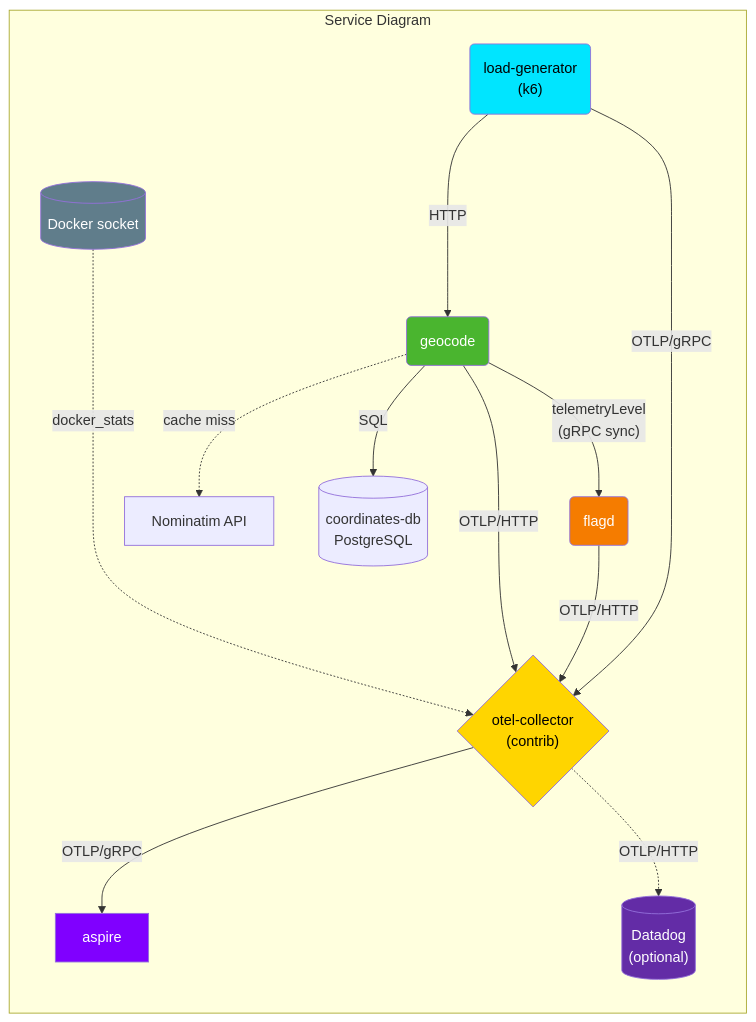
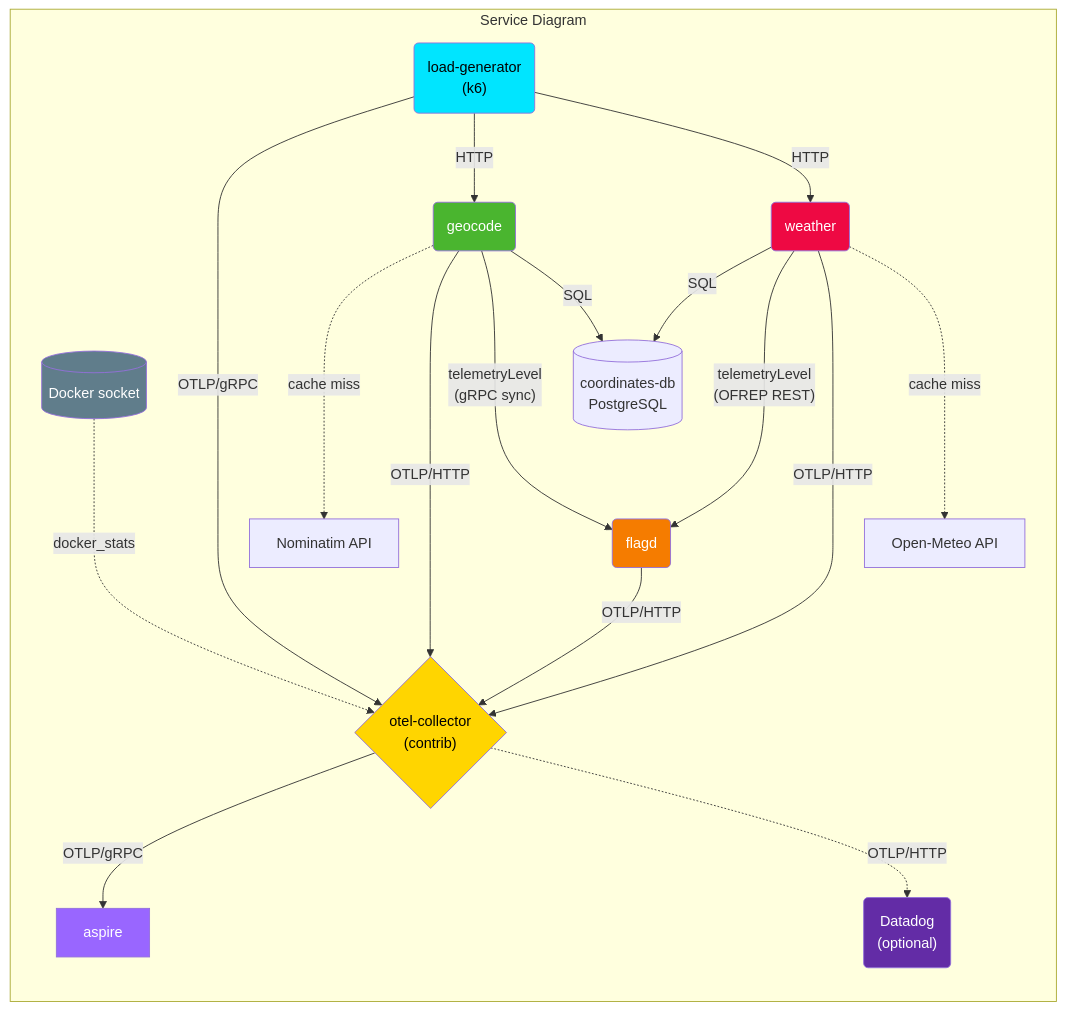
The diagram in README.md (OTelFeature/poc), drawn with Mermaid before and after one commit. The commit also changed other lines of this file and 17 other files, not shown here.

````diff
--- a/README.md
+++ b/README.md
@@ -10,33 +10,42 @@
 ```mermaid
 flowchart LR
     classDef load fill:#00e5ff,color:black;
     classDef geocode fill:#4ab52f,color:white;
+    classDef weather fill:#ee0943,color:white;
     classDef otelcol fill:#ffd500,color:black;
-    classDef aspire fill:#8000ff,color:white;
+    classDef aspire fill:#9966ff,color:white;
     classDef docker fill:#607d8b,color:white;
     classDef flagd fill:#f57c00,color:white;
     classDef datadog fill:#632ca6,color:white;
 
 
     subgraph Service Diagram
         load("load-generator<br/>(k6)"):::load
         geocode(geocode):::geocode
+        weather(weather):::weather
         flagd(flagd):::flagd
         otelcol{"otel-collector<br/>(contrib)"}:::otelcol
         docker[("Docker socket")]:::docker
         coordinates[(coordinates-db<br/>PostgreSQL)]
         aspire[aspire]:::aspire
-        datadog[("Datadog<br/>(optional)")]:::datadog
+        datadog("Datadog<br/>(optional)"):::datadog
 
-        load --->|HTTP| geocode
+        docker -..->|docker_stats| otelcol
         load -->|OTLP/gRPC| otelcol
-        docker -...->|docker_stats| otelcol
-        geocode -.->|cache miss| nominatim["Nominatim API"]
+        load -->|HTTP| geocode
+        load -->|HTTP| weather
+        
+        geocode -..->|cache miss| nominatim["Nominatim API"]
+        geocode ---->|OTLP/HTTP| otelcol
+        geocode --->|"telemetryLevel<br/>(gRPC sync)"| flagd
+
         geocode -->|SQL| coordinates
-        geocode -->|OTLP/HTTP| otelcol
-        geocode -->|"telemetryLevel<br/>(gRPC sync)"| flagd
+        weather -->|SQL| coordinates
+        weather --->|"telemetryLevel<br/>(OFREP REST)"| flagd
+        weather --->|OTLP/HTTP| otelcol
+        weather -..->|cache miss| openmeteo["Open-Meteo API"]
         flagd -->|OTLP/HTTP| otelcol
         otelcol -->|OTLP/gRPC| aspire
         otelcol -.->|OTLP/HTTP| datadog
     end
 ```
````
